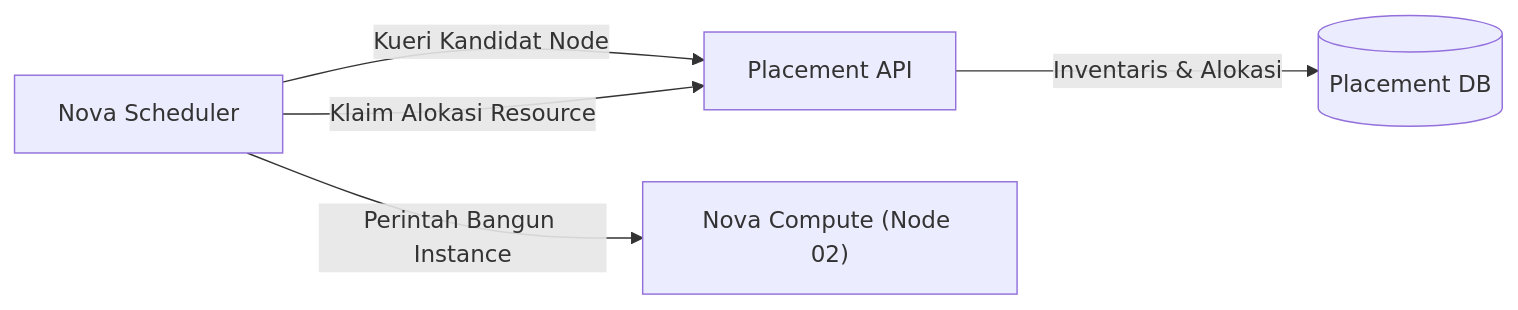
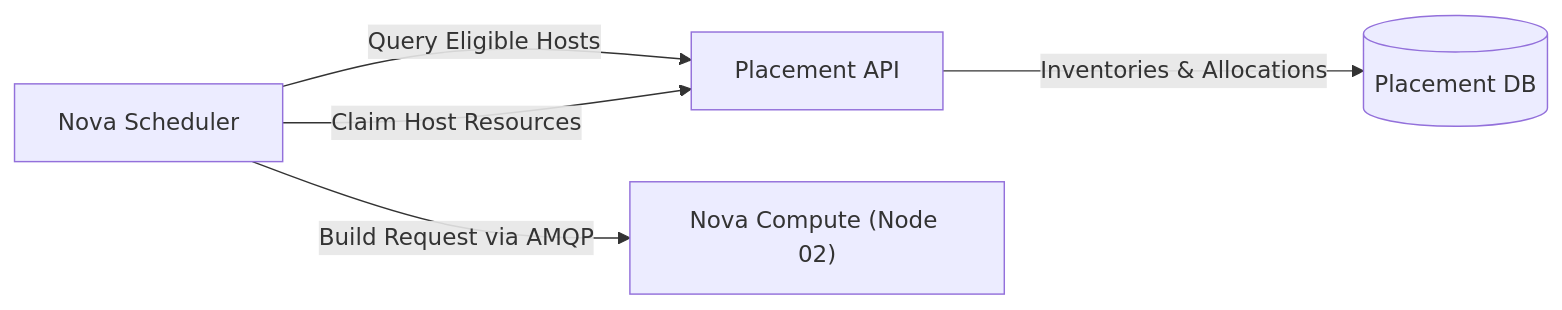
The diagram in nova-placement.md (AbyanDimas/Opentack-Research), drawn with Mermaid before and after one commit. The commit also changed other lines of this file and 12 other files, not shown here.

````diff
--- a/nova-placement.md
+++ b/nova-placement.md
@@ -22,7 +22,7 @@
 ```mermaid
 flowchart LR
-    NovaScheduler["Nova Scheduler"] -->|Kueri Kandidat Node| Placement["Placement API"]
-    Placement -->|Inventaris & Alokasi| DB[(Placement DB)]
-    NovaScheduler -->|Klaim Alokasi Resource| Placement
-    NovaScheduler -->|Perintah Bangun Instance| NovaCompute["Nova Compute (Node 02)"]
+    NovaScheduler["Nova Scheduler"] -->|Query Eligible Hosts| Placement["Placement API"]
+    Placement -->|Inventories & Allocations| DB[(Placement DB)]
+    NovaScheduler -->|Claim Host Resources| Placement
+    NovaScheduler -->|Build Request via AMQP| NovaCompute["Nova Compute (Node 02)"]
 ```
````
